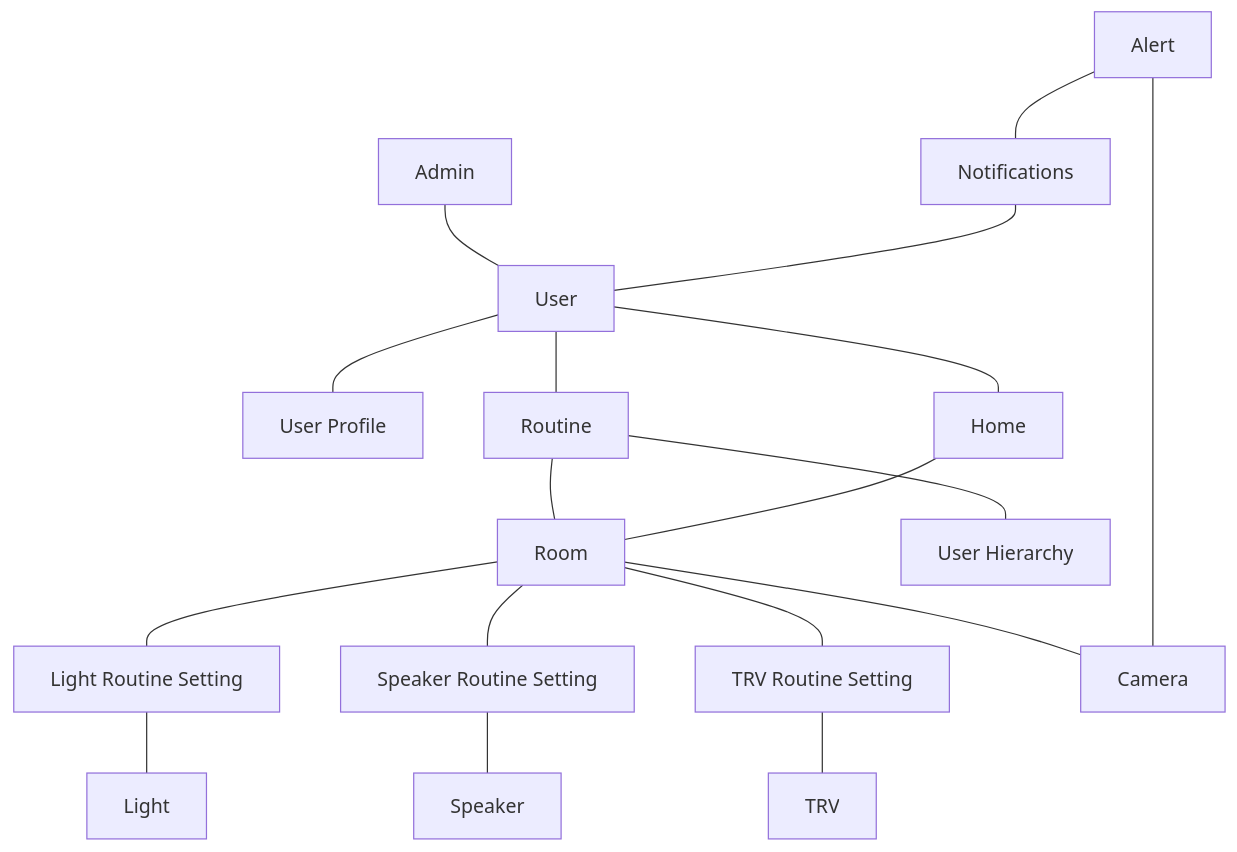
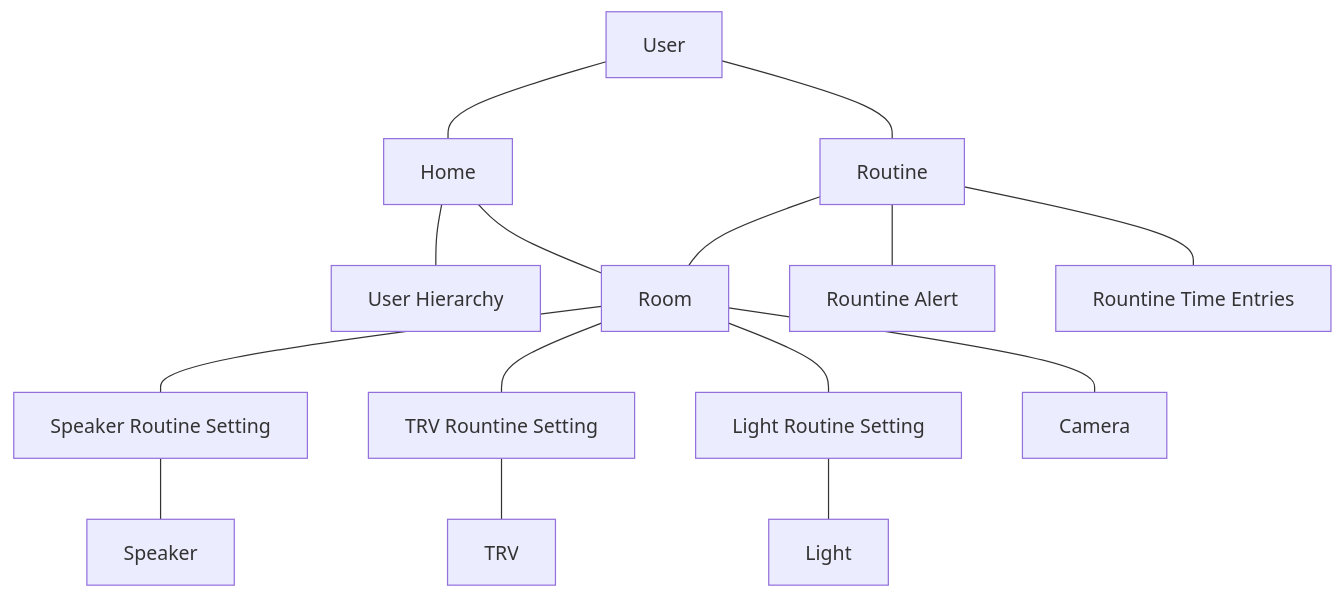
The diagram in README.md (cmurphy88/jarvis), drawn with Mermaid before and after one commit.

````diff
--- a/README.md
+++ b/README.md
@@ -4,20 +4,17 @@
 ```mermaid
 graph TD
-    A[Admin] ---B[User]
-    B --- C[User Profile]
-    B --- D[Routine]
-    D --- E[Room]
-    D --- P[User Hierarchy]
-    E --- F[Light Routine Setting]
-    E --- G[Speaker Routine Setting]
-    E --- H[TRV Routine Setting]
-    F --- I[Light]
-    G --- J[Speaker]
+    A[User] --- B[Home]
+    A --- D[Routine]
+    B --- C[User Hierarchy]
+    B --- F[Room]
+    D --- E[Rountine Alert]
+    D --- F
+    D --- N[Rountine Time Entries]
+    F --- G[Speaker Routine Setting]
+    F --- H[TRV Rountine Setting]
+    F --- I[Light Routine Setting]
+    F --- M[Camera]
+    G --- L[Speaker]
     H --- K[TRV]
-    E --- L[Camera]
-    M[Home] --- E
-    N[Alert] --- L
-    N --- O[Notifications]
-    O --- B
-    B --- M
+    I --- J[Light]
 ```
````
